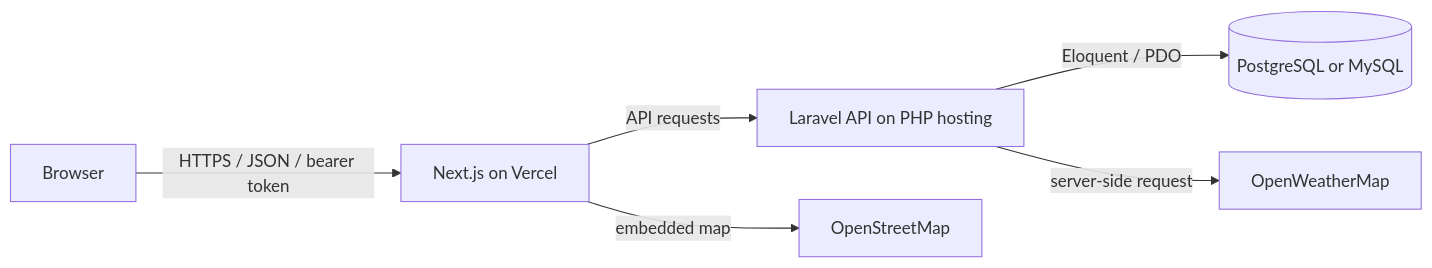
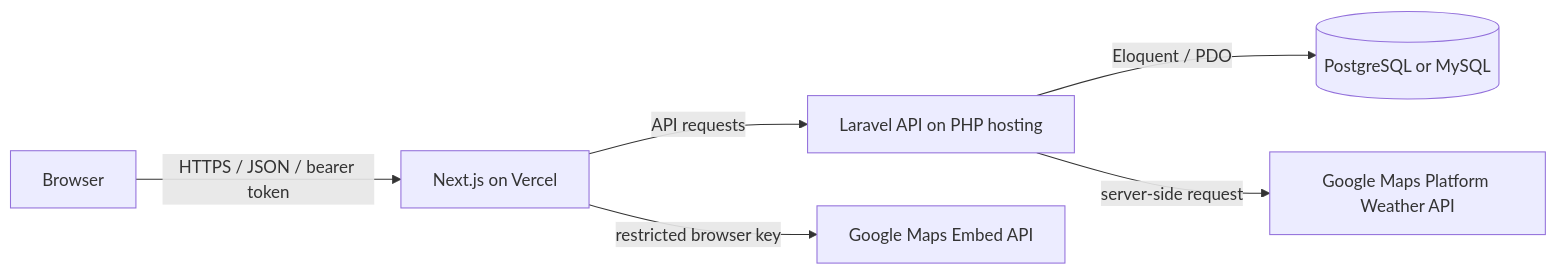
One commit to BryanFLoreSs/SIA_Removal changed the diagram in README.md. Above: the diagram before and after it, drawn with Mermaid. The commit also changed other lines of this file and 8 other files, not shown here.

First line of the commit message:
feat: integrate Google Maps and Weather API

````diff
--- a/README.md
+++ b/README.md
@@ -7,8 +7,8 @@
 ```mermaid
 flowchart LR
   U[Browser] -->|HTTPS / JSON / bearer token| F[Next.js on Vercel]
   F -->|API requests| L[Laravel API on PHP hosting]
   L -->|Eloquent / PDO| DB[(PostgreSQL or MySQL)]
-  L -->|server-side request| W[OpenWeatherMap]
-  F -->|embedded map| M[OpenStreetMap]
+  L -->|server-side request| W[Google Maps Platform Weather API]
+  F -->|restricted browser key| M[Google Maps Embed API]
 ```
````
